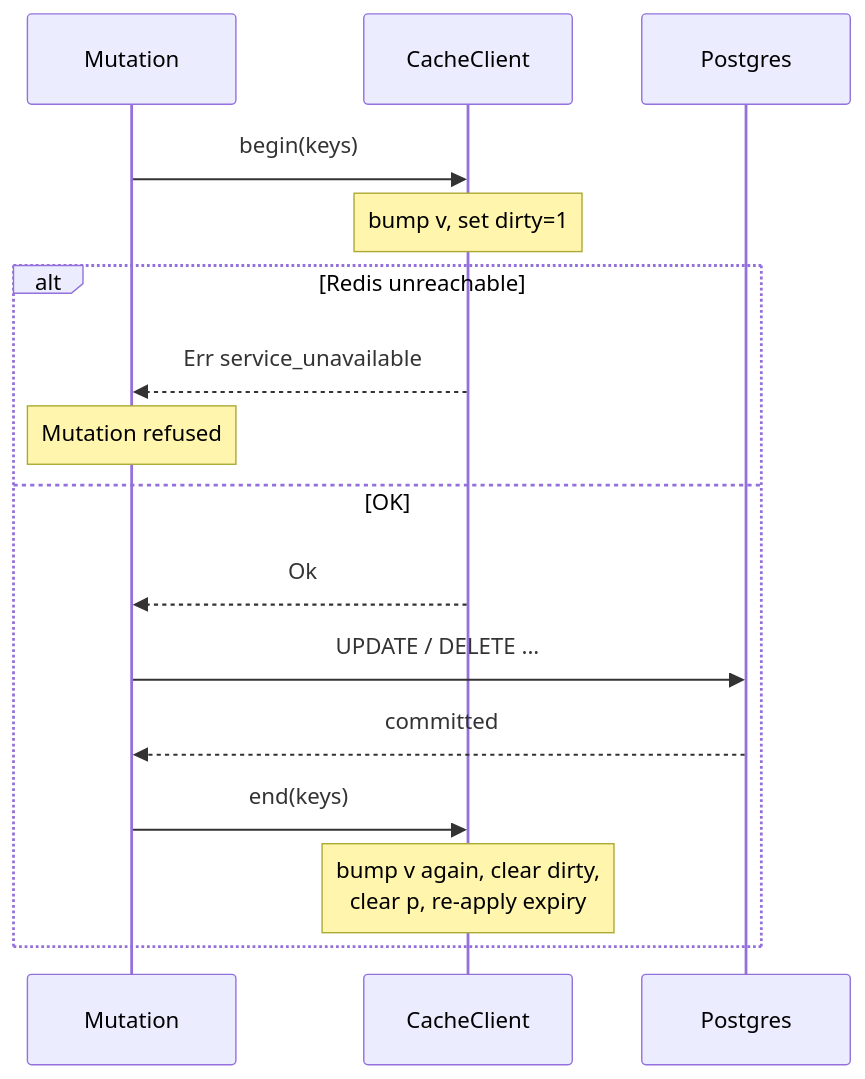
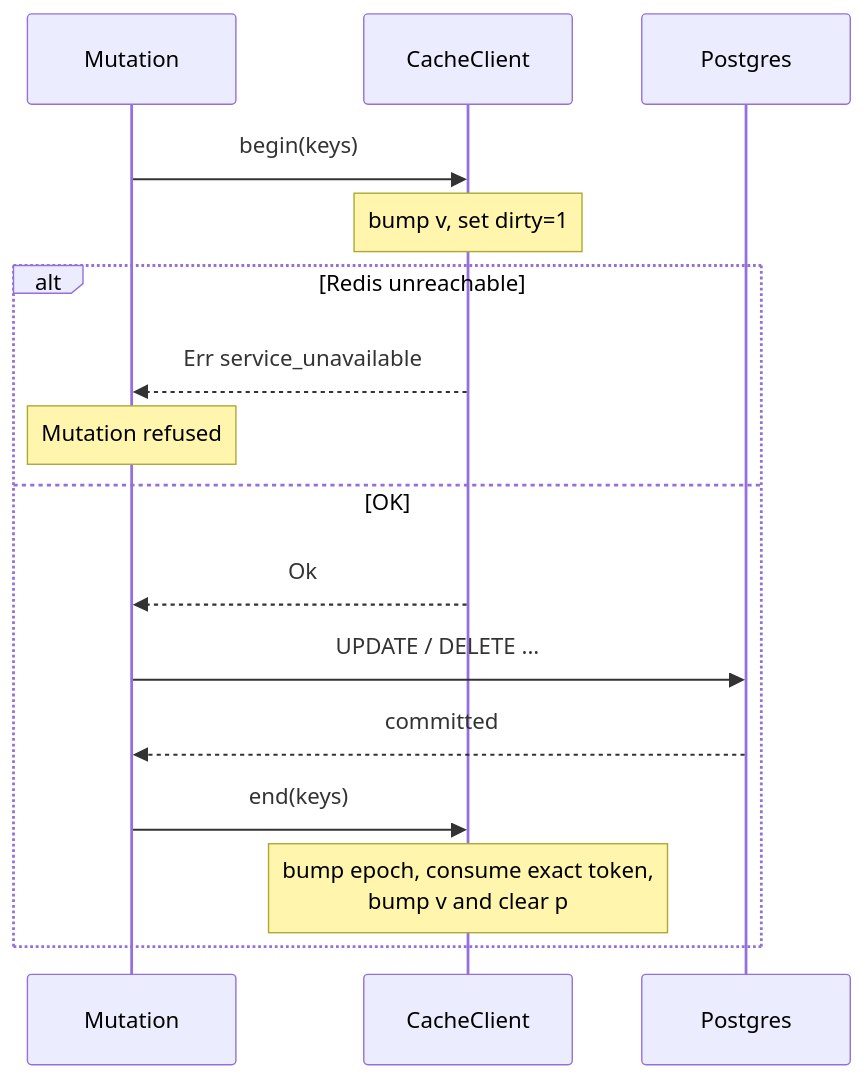
One commit to absmach/atom changed the third of 3 diagrams in product-docs/14-caching.md. Above: the diagram before and after it, drawn with Mermaid. The commit also changed other lines of this file and 115 other files, not shown here.

````diff
--- a/product-docs/14-caching.md
+++ b/product-docs/14-caching.md
@@ -146,19 +170,19 @@
 ```mermaid
 sequenceDiagram
     participant W as Mutation
     participant C as CacheClient
     participant P as Postgres
 
     W->>C: begin(keys)
     Note over C: bump v, set dirty=1
     alt Redis unreachable
         C-->>W: Err service_unavailable
         Note over W: Mutation refused
     else OK
         C-->>W: Ok
         W->>P: UPDATE / DELETE ...
         P-->>W: committed
         W->>C: end(keys)
-        Note over C: bump v again, clear dirty,<br/>clear p, re-apply expiry
+        Note over C: bump epoch, consume exact token,<br/>bump v and clear p
     end
 ```
````
